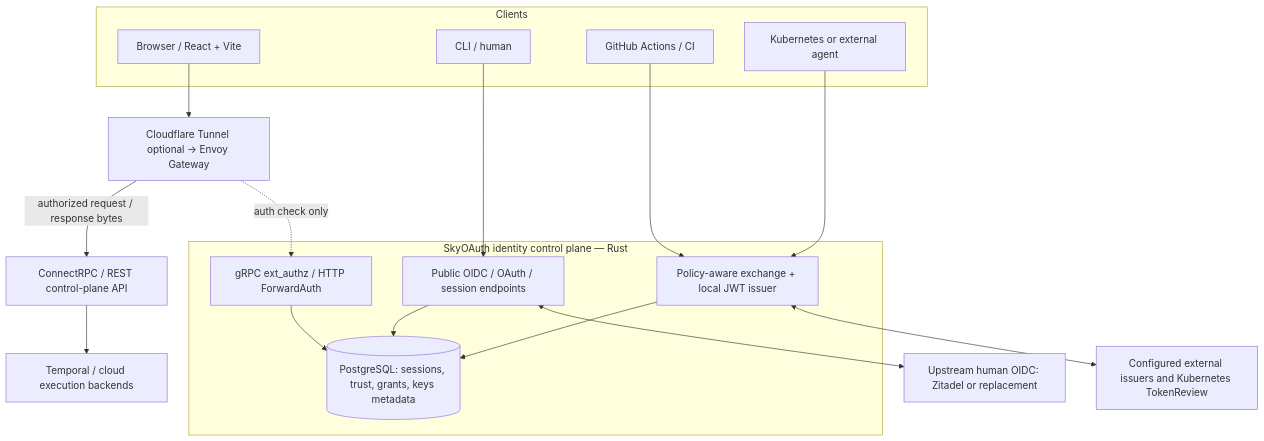
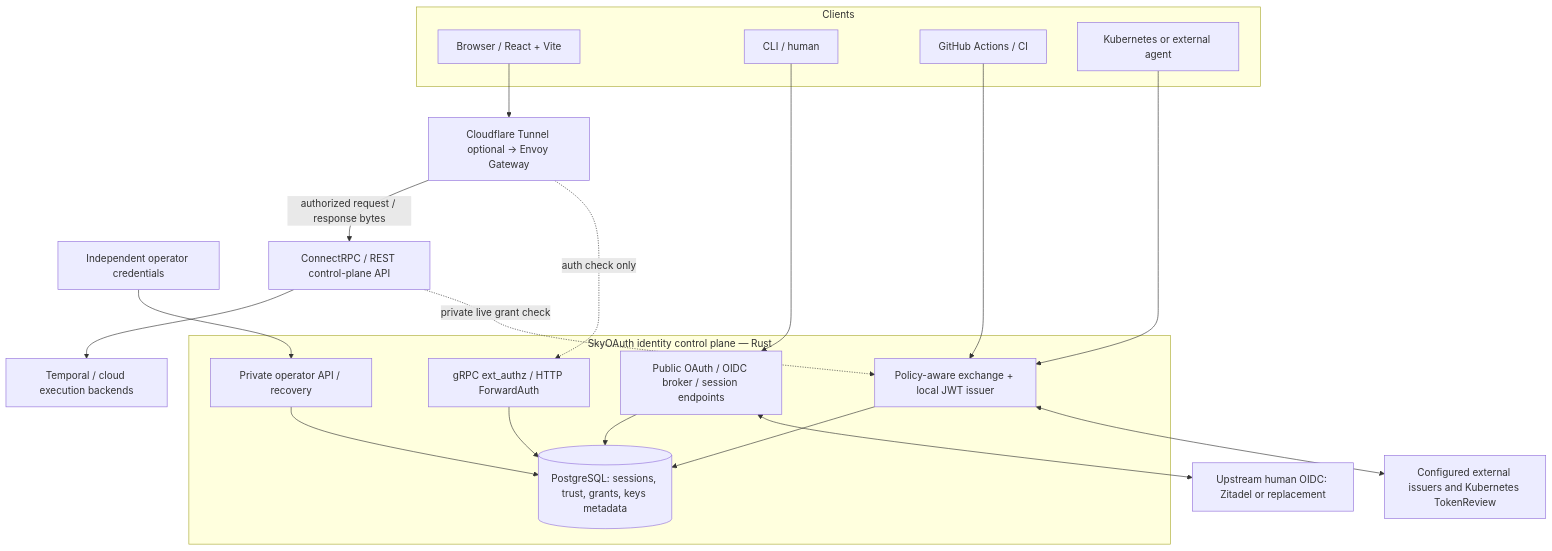
One commit to skyoauth/skyoauth changed the diagram in docs/skyoauth-design.md. Above: the diagram before and after it, drawn with Mermaid. The commit also changed other lines of this file and 1 other file, not shown here.

```diff
--- a/docs/skyoauth-design.md
+++ b/docs/skyoauth-design.md
@@ -61,32 +61,37 @@
 ~~~mermaid
 flowchart TB
   subgraph Clients
     B[Browser / React + Vite]
     C[CLI / human]
     G[GitHub Actions / CI]
     K[Kubernetes or external agent]
   end
   subgraph Identity["SkyOAuth identity control plane — Rust"]
-    PUB[Public OIDC / OAuth / session endpoints]
+    PUB[Public OAuth / OIDC broker / session endpoints]
     EXT[gRPC ext_authz / HTTP ForwardAuth]
     EX[Policy-aware exchange + local JWT issuer]
+    ADM[Private operator API / recovery]
     DB[(PostgreSQL: sessions, trust, grants, keys metadata)]
   end
   U[Upstream human OIDC: Zitadel or replacement]
   J[Configured external issuers and Kubernetes TokenReview]
+  O[Independent operator credentials]
   EDGE[Cloudflare Tunnel optional -> Envoy Gateway]
   API[ConnectRPC / REST control-plane API]
   TP[Temporal / cloud execution backends]
   B --> EDGE
   C --> PUB
   G --> EX
   K --> EX
+  O --> ADM
+  ADM --> DB
   PUB <--> U
   EX <--> J
   PUB --> DB
   EX --> DB
   EDGE -. auth check only .-> EXT
   EXT --> DB
   EDGE -->|authorized request / response bytes| API
+  API -. private live grant check .-> EX
   API --> TP
 ~~~
```
